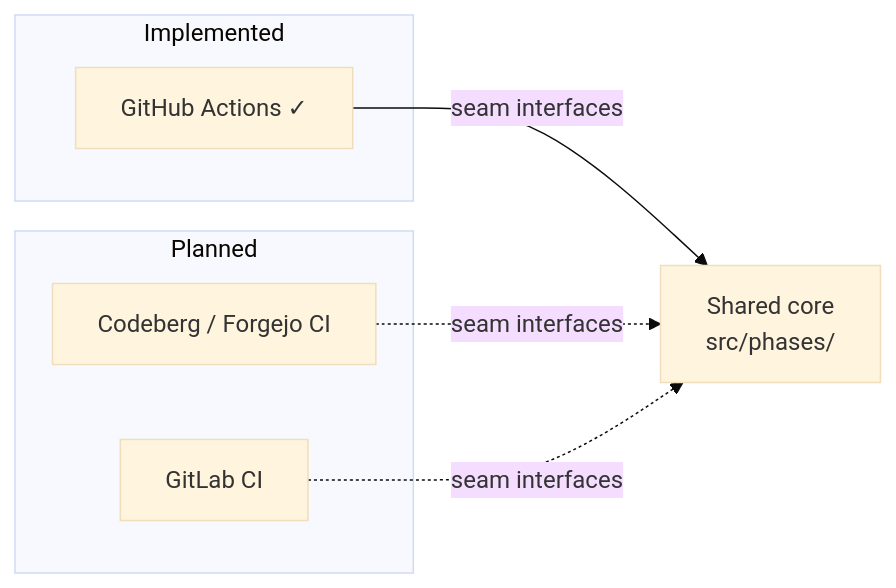
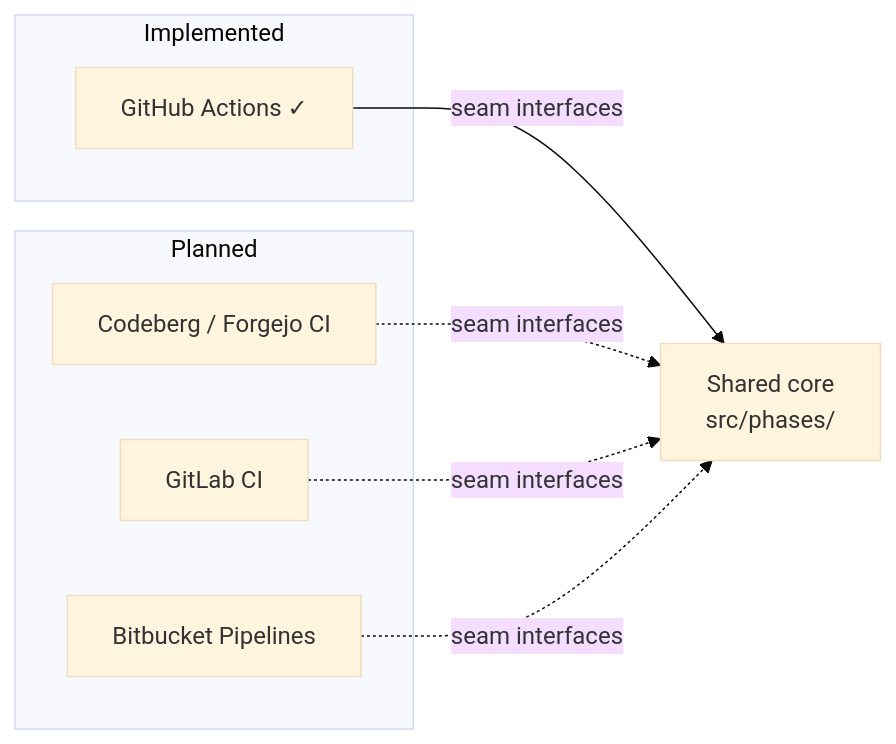
The diagram in docs/dev/portability/_index.md (buildish-tooling/buildish-mammoth-cache), drawn with Mermaid (base theme) before and after one commit. The commit also changed other lines of this file and 2 other files, not shown here.

Commit message:
landing page + bitbucket

````diff
--- a/docs/dev/portability/_index.md
+++ b/docs/dev/portability/_index.md
@@ -25,14 +25,16 @@
 ```mermaid
 graph LR
     subgraph "Implemented"
         GH["GitHub Actions ✓"]
     end
     subgraph "Planned"
         CB["Codeberg / Forgejo CI"]
         GL["GitLab CI"]
+        BB["Bitbucket Pipelines"]
     end
 
     GH -- seam interfaces --> CORE["Shared core\nsrc/phases/"]
     CB -. seam interfaces .-> CORE
     GL -. seam interfaces .-> CORE
+    BB -. seam interfaces .-> CORE
 ```
````
